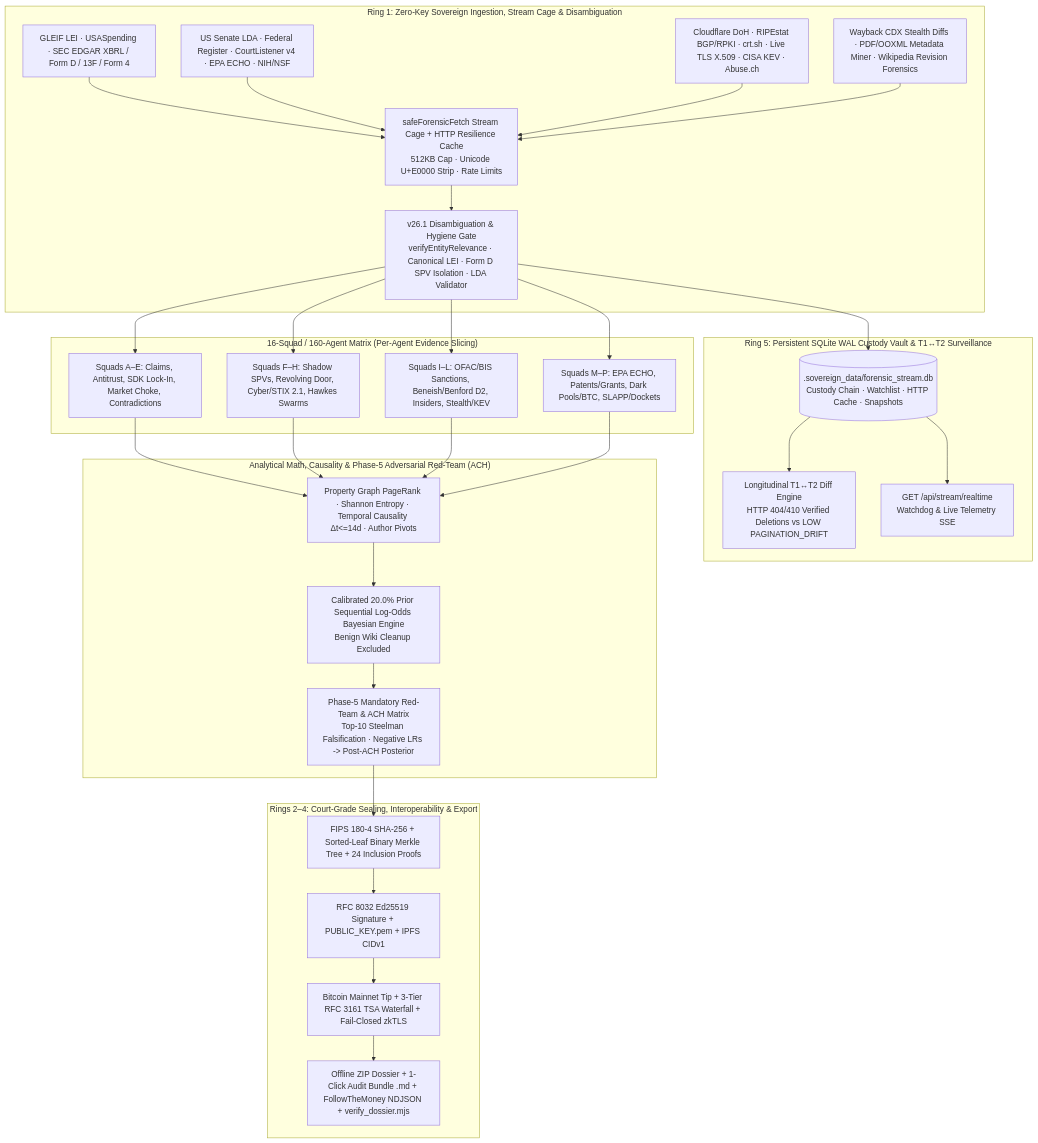
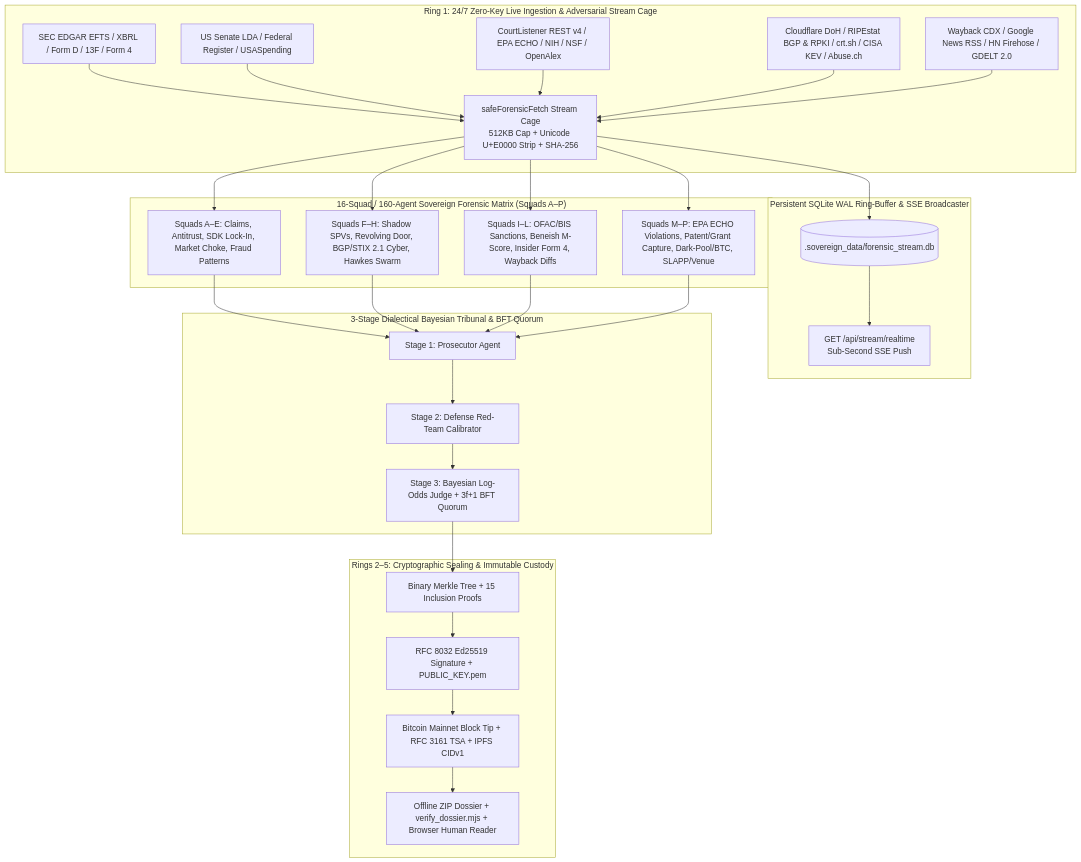
The diagram in README.md (codevalai/Sovereign-Tech-Hyper-Investigations-Grid), drawn with Mermaid before and after one commit. The commit also changed other lines of this file and 25 other files, not shown here.

First line of the commit message:
refactor: rebrand to Sovereign Forensic Matrix

````diff
--- a/README.md
+++ b/README.md
@@ -31,43 +16,41 @@
 ```mermaid
 flowchart TD
-    subgraph Ring1["Ring 1: Zero-Key Sovereign Ingestion, Stream Cage & Disambiguation"]
-        S1[GLEIF LEI · USASpending · SEC EDGAR XBRL / Form D / 13F / Form 4]
-        S2[US Senate LDA · Federal Register · CourtListener v4 · EPA ECHO · NIH/NSF]
-        S3[Cloudflare DoH · RIPEstat BGP/RPKI · crt.sh · Live TLS X.509 · CISA KEV · Abuse.ch]
-        S4[Wayback CDX Stealth Diffs · PDF/OOXML Metadata Miner · Wikipedia Revision Forensics]
-        CAGE[safeForensicFetch Stream Cage + HTTP Resilience Cache\n512KB Cap · Unicode U+E0000 Strip · Rate Limits]
-        GATE[v26.1 Disambiguation & Hygiene Gate\nverifyEntityRelevance · Canonical LEI · Form D SPV Isolation · LDA Validator]
-        S1 & S2 & S3 & S4 --> CAGE --> GATE
+    subgraph Ring1["Ring 1: 24/7 Zero-Key Live Ingestion & Adversarial Stream Cage"]
+        A1[SEC EDGAR EFTS / XBRL / Form D / 13F / Form 4]
+        A2[US Senate LDA / Federal Register / USASpending]
+        A3[CourtListener REST v4 / EPA ECHO / NIH / NSF / OpenAlex]
+        A4[Cloudflare DoH / RIPEstat BGP & RPKI / crt.sh / CISA KEV / Abuse.ch]
+        A5[Wayback CDX / Google News RSS / HN Firehose / GDELT 2.0]
+        SHIELD[safeForensicFetch Stream Cage\n512KB Cap + Unicode U+E0000 Strip + SHA-256]
+        A1 & A2 & A3 & A4 & A5 --> SHIELD
     end
 
-    subgraph Vault["Ring 5: Persistent SQLite WAL Custody Vault & T1↔T2 Surveillance"]
-        DB[(.sovereign_data/forensic_stream.db\nCustody Chain · Watchlist · HTTP Cache · Snapshots)]
-        DIFF[Longitudinal T1↔T2 Diff Engine\nHTTP 404/410 Verified Deletions vs LOW PAGINATION_DRIFT]
-        SSE[GET /api/stream/realtime\nWatchdog & Live Telemetry SSE]
-        GATE --> DB --> DIFF
-        DB --> SSE
+    subgraph Daemon["Persistent SQLite WAL Ring-Buffer & SSE Broadcaster"]
+        DB[(.sovereign_data/forensic_stream.db)]
+        SSE[GET /api/stream/realtime\nSub-Second SSE Push]
+        SHIELD --> DB --> SSE
     end
 
-    subgraph Swarm["16-Squad / 160-Agent Matrix (Per-Agent Evidence Slicing)"]
-        SQ1[Squads A–E: Claims, Antitrust, SDK Lock-In, Market Choke, Contradictions]
-        SQ2[Squads F–H: Shadow SPVs, Revolving Door, Cyber/STIX 2.1, Hawkes Swarms]
-        SQ3[Squads I–L: OFAC/BIS Sanctions, Beneish/Benford D2, Insiders, Stealth/KEV]
-        SQ4[Squads M–P: EPA ECHO, Patents/Grants, Dark Pools/BTC, SLAPP/Dockets]
-        GATE --> SQ1 & SQ2 & SQ3 & SQ4
+    subgraph Swarm["16-Squad / 160-Agent Sovereign Forensic Matrix (Squads A–P)"]
+        SQ_AD[Squads A–E: Claims, Antitrust, SDK Lock-In, Market Choke, Fraud Patterns]
+        SQ_FH[Squads F–H: Shadow SPVs, Revolving Door, BGP/STIX 2.1 Cyber, Hawkes Swarm]
+        SQ_IL[Squads I–L: OFAC/BIS Sanctions, Beneish M-Score, Insider Form 4, Wayback Diffs]
+        SQ_MP[Squads M–P: EPA ECHO Violations, Patent/Grant Capture, Dark-Pool/BTC, SLAPP/Venue]
+        SHIELD --> SQ_AD & SQ_FH & SQ_IL & SQ_MP
     end
 
-    subgraph Reasoning["Analytical Math, Causality & Phase-5 Adversarial Red-Team (ACH)"]
-        MATH[Property Graph PageRank · Shannon Entropy · Temporal Causality Δt<=14d · Author Pivots]
-        BAYES[Calibrated 20.0% Prior Sequential Log-Odds Bayesian Engine\nBenign Wiki Cleanup Excluded]
-        ACH[Phase-5 Mandatory Red-Team & ACH Matrix\nTop-10 Steelman Falsification · Negative LRs -> Post-ACH Posterior]
-        SQ1 & SQ2 & SQ3 & SQ4 --> MATH --> BAYES --> ACH
+    subgraph Tribunal["3-Stage Dialectical Bayesian Tribunal & BFT Quorum"]
+        PROS[Stage 1: Prosecutor Agent]
+        RED[Stage 2: Defense Red-Team Calibrator]
+        JUDGE[Stage 3: Bayesian Log-Odds Judge + 3f+1 BFT Quorum]
+        SQ_AD & SQ_FH & SQ_IL & SQ_MP --> PROS --> RED --> JUDGE
     end
 
-    subgraph Sealing["Rings 2–4: Court-Grade Sealing, Interoperability & Export"]
-        MERKLE[FIPS 180-4 SHA-256 + Sorted-Leaf Binary Merkle Tree + 24 Inclusion Proofs]
-        SIGN[RFC 8032 Ed25519 Signature + PUBLIC_KEY.pem + IPFS CIDv1]
-        ANCHOR[Bitcoin Mainnet Tip + 3-Tier RFC 3161 TSA Waterfall + Fail-Closed zkTLS]
-        EXPORT[Offline ZIP Dossier + 1-Click Audit Bundle .md + FollowTheMoney NDJSON + verify_dossier.mjs]
-        ACH --> MERKLE --> SIGN --> ANCHOR --> EXPORT
+    subgraph CryptoSeal["Rings 2–5: Cryptographic Sealing & Immutable Custody"]
+        MERKLE[Binary Merkle Tree + 15 Inclusion Proofs]
+        ED25519[RFC 8032 Ed25519 Signature + PUBLIC_KEY.pem]
+        ANCHOR[Bitcoin Mainnet Block Tip + RFC 3161 TSA + IPFS CIDv1]
+        ZIP[Offline ZIP Dossier + verify_dossier.mjs + Browser Human Reader]
+        JUDGE --> MERKLE --> ED25519 --> ANCHOR --> ZIP
     end
 ```
````
